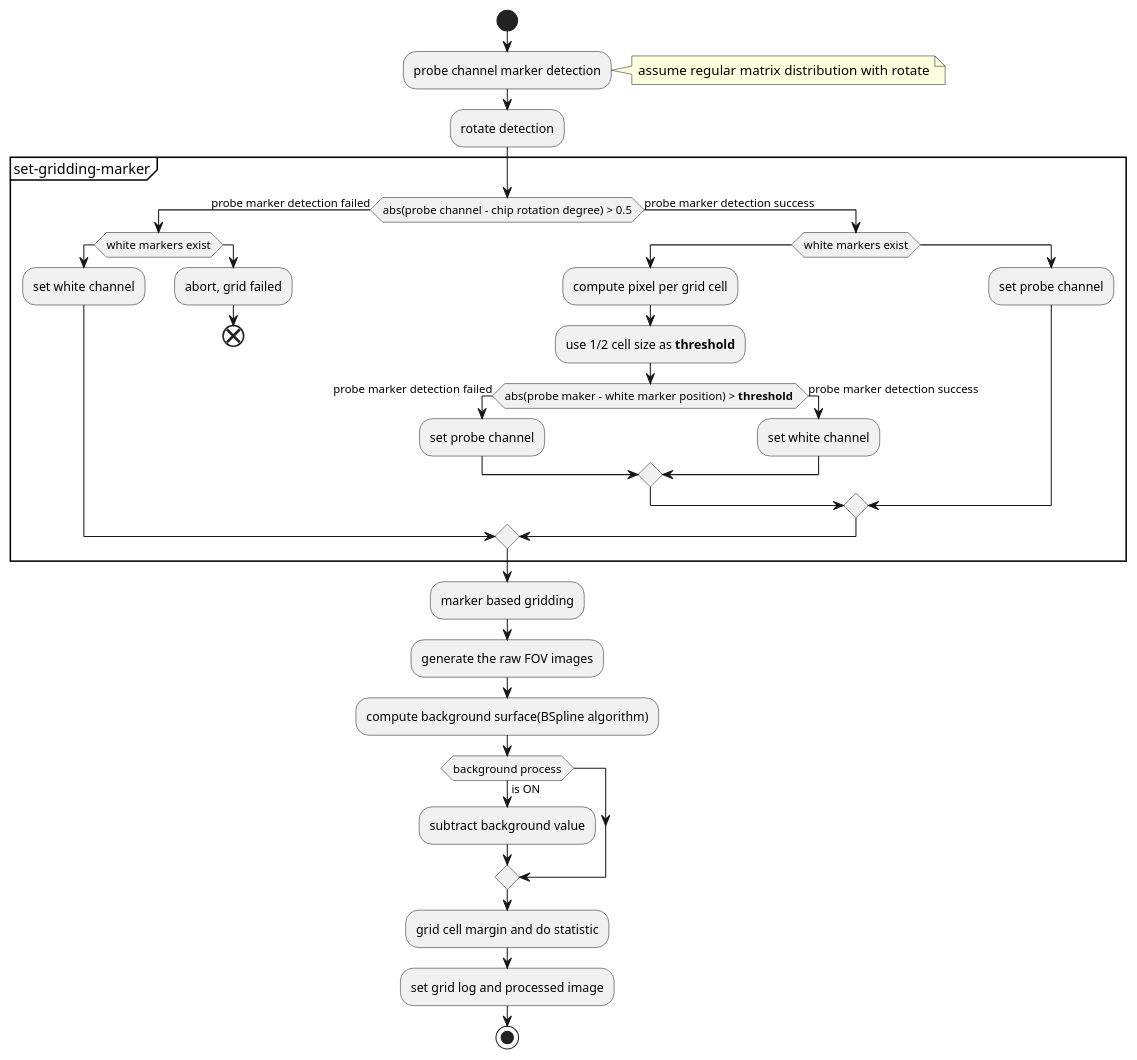
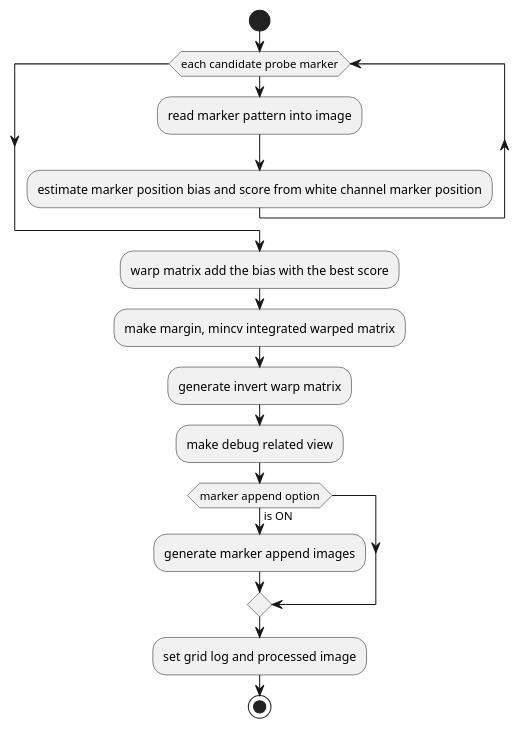
Before and after one commit to jeff665547/Project-Summit.Grid: the fourth of 4 diagrams in doc/algorithm.md, drawn with PlantUML. The commit also changed other lines of this file, not shown here.

Commit message:
algorithm documentation

```diff
--- a/doc/algorithm.md
+++ b/doc/algorithm.md
@@ -250,40 +147,17 @@
 @startuml {fov-level-process.png}
 start
-:probe channel marker detection;
-note right
-    assume regular matrix distribution with rotate
-end note
-:rotate detection;
-partition set-gridding-marker {
-    if(abs(probe channel - chip rotation degree) > 0.5) then (probe marker detection failed)
-        if(white markers exist) then
-            :set white channel;
-        else
-            :abort, grid failed;
-            end
-        endif;
-    else (probe marker detection success)
-        if(white markers exist) then
-            :compute pixel per grid cell;
-            :use 1/2 cell size as **threshold**;
-            if(abs(probe maker - white marker position) > **threshold** ) then (probe marker detection failed)
-                :set probe channel;
-            else(probe marker detection success)
-                :set white channel;
-            endif;
-        else
-            :set probe channel;
-        endif;
-    endif;
-}
-:marker based gridding;
-:generate the raw FOV images;
-:compute background surface(BSpline algorithm);
-if(background process) then (is ON)
-    :subtract background value;
+
+while (each candidate probe marker)
+    :read marker pattern into image;
+    :estimate marker position bias and score from white channel marker position;
+endwhile
+:warp matrix add the bias with the best score;
+:make margin, mincv integrated warped matrix;
+:generate invert warp matrix;
+:make debug related view;
+if (marker append option) then (is ON)
+    :generate marker append images;
 endif;
-:grid cell margin and do statistic;
 :set grid log and processed image;
-
 stop
 @enduml
```
